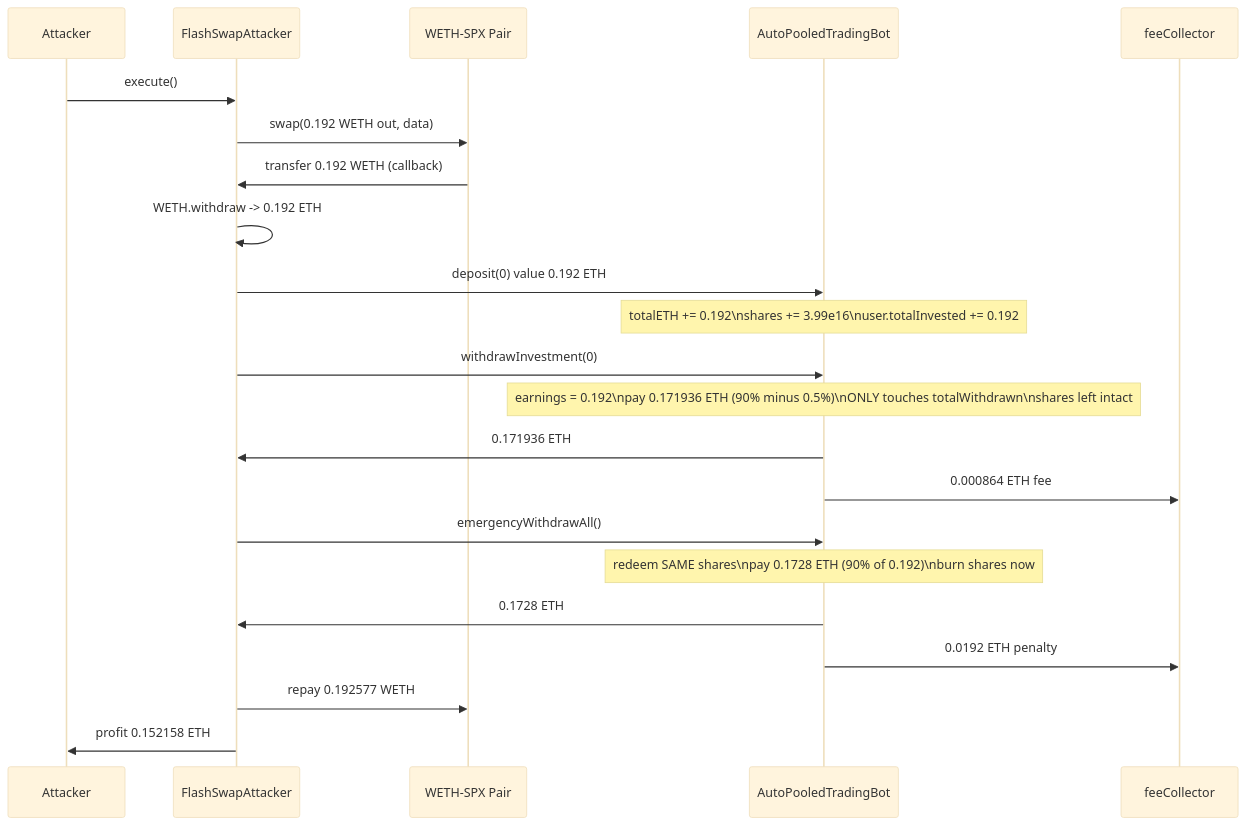
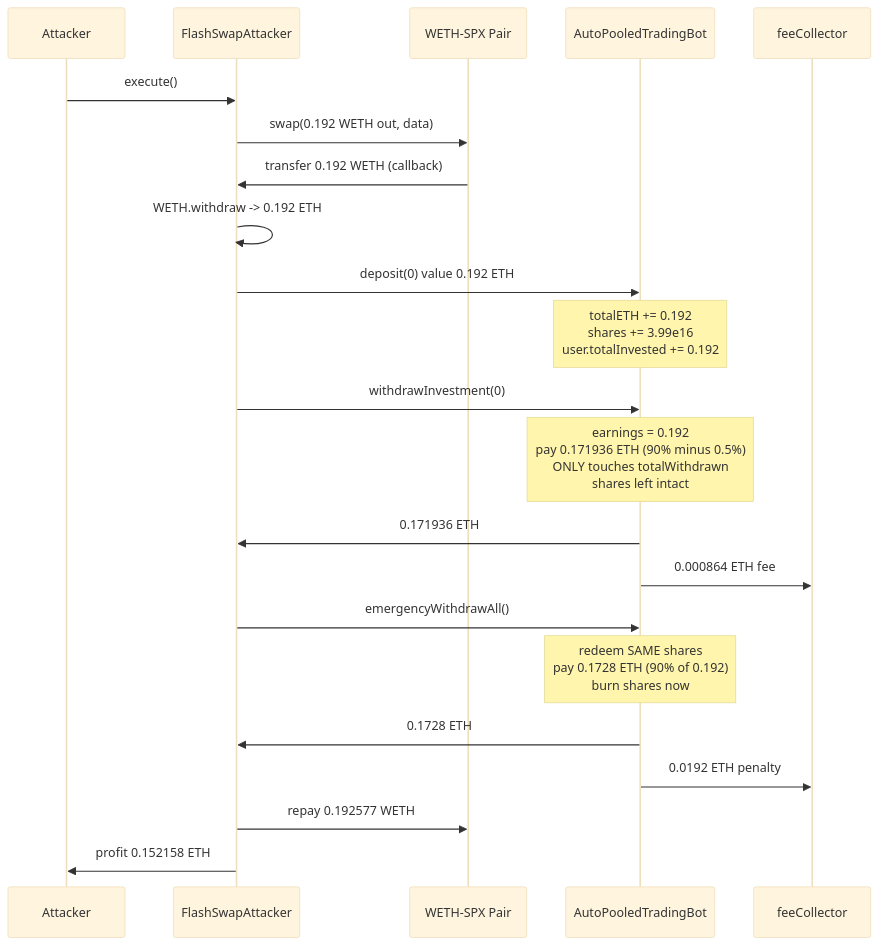
Before and after one commit to sanbir/evm-hack-registry: the first of 2 diagrams in 2025-08-AutoPooledTradingBot_exp/AutoPooledTradingBot_exp.md, drawn with Mermaid (base theme). The commit also changed other lines of this file and 280 other files, not shown here.

Commit message:
mermaid fixes

````diff
--- a/2025-08-AutoPooledTradingBot_exp/AutoPooledTradingBot_exp.md
+++ b/2025-08-AutoPooledTradingBot_exp/AutoPooledTradingBot_exp.md
@@ -191,25 +191,25 @@
 ```mermaid
 sequenceDiagram
     participant A as Attacker
     participant F as FlashSwapAttacker
     participant P as WETH-SPX Pair
     participant V as AutoPooledTradingBot
     participant FC as feeCollector
 
     A->>F: execute()
     F->>P: swap(0.192 WETH out, data)
     P->>F: transfer 0.192 WETH (callback)
     F->>F: WETH.withdraw -> 0.192 ETH
     F->>V: deposit(0) value 0.192 ETH
-    Note over V: totalETH += 0.192\nshares += 3.99e16\nuser.totalInvested += 0.192
+    Note over V: totalETH += 0.192<br/>shares += 3.99e16<br/>user.totalInvested += 0.192
     F->>V: withdrawInvestment(0)
-    Note over V: earnings = 0.192\npay 0.171936 ETH (90% minus 0.5%)\nONLY touches totalWithdrawn\nshares left intact
+    Note over V: earnings = 0.192<br/>pay 0.171936 ETH (90% minus 0.5%)<br/>ONLY touches totalWithdrawn<br/>shares left intact
     V->>F: 0.171936 ETH
     V->>FC: 0.000864 ETH fee
     F->>V: emergencyWithdrawAll()
-    Note over V: redeem SAME shares\npay 0.1728 ETH (90% of 0.192)\nburn shares now
+    Note over V: redeem SAME shares<br/>pay 0.1728 ETH (90% of 0.192)<br/>burn shares now
     V->>F: 0.1728 ETH
     V->>FC: 0.0192 ETH penalty
     F->>P: repay 0.192577 WETH
     F->>A: profit 0.152158 ETH
 ```
````
